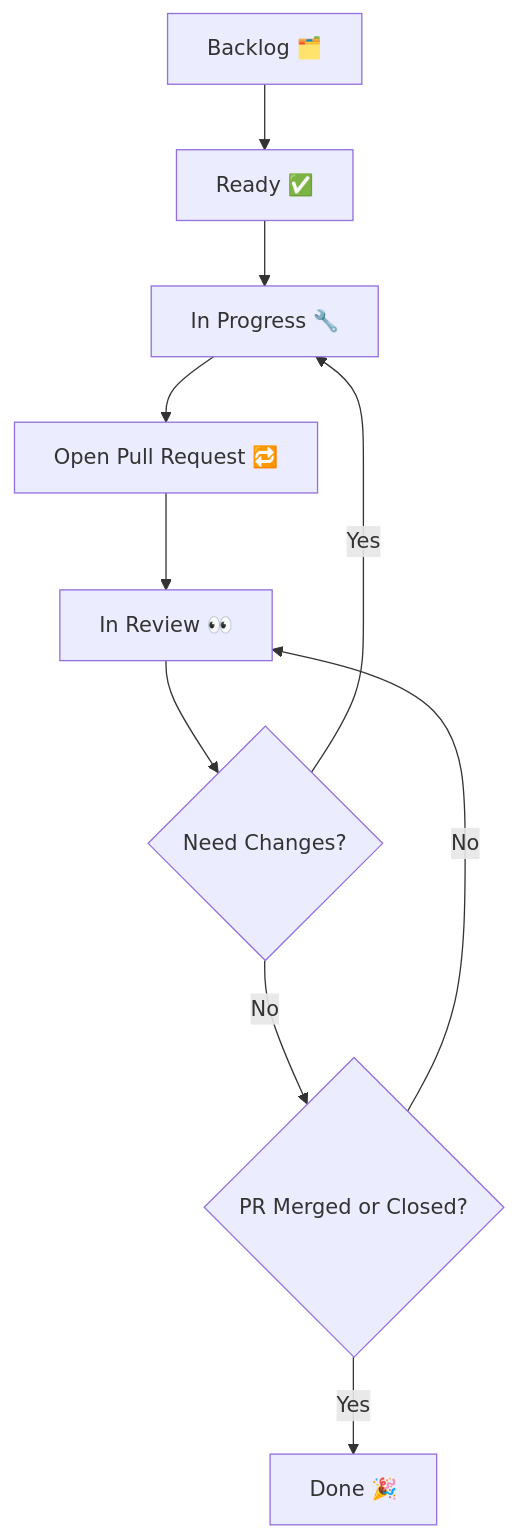
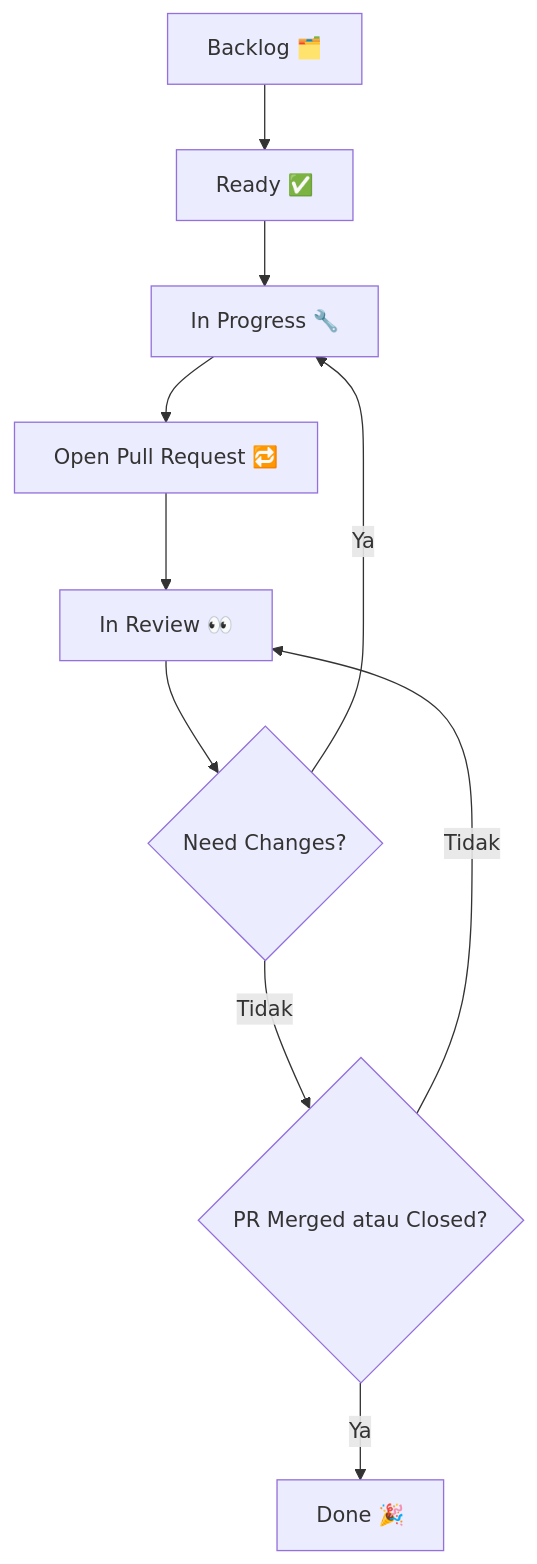
The diagram in CONTRIBUTION_WORKFLOW.md (ryanaidilp/stadata_flutter_sdk), drawn with Mermaid before and after one commit. The commit also changed other lines of this file and 443 other files, not shown here.

````diff
--- a/CONTRIBUTION_WORKFLOW.md
+++ b/CONTRIBUTION_WORKFLOW.md
@@ -23,12 +23,12 @@
 ```mermaid
 flowchart TD
   A[Backlog 🗂️] --> B[Ready ✅]
   B --> C[In Progress 🔧]
   C --> D[Open Pull Request 🔁]
   D --> E[In Review 👀]
   E --> F{Need Changes?}
-  F -- Yes --> C
-  F -- No --> G{PR Merged or Closed?}
-  G -- Yes --> H[Done 🎉]
-  G -- No --> E
+  F -- Ya --> C
+  F -- Tidak --> G{PR Merged atau Closed?}
+  G -- Ya --> H[Done 🎉]
+  G -- Tidak --> E
 ```
````
